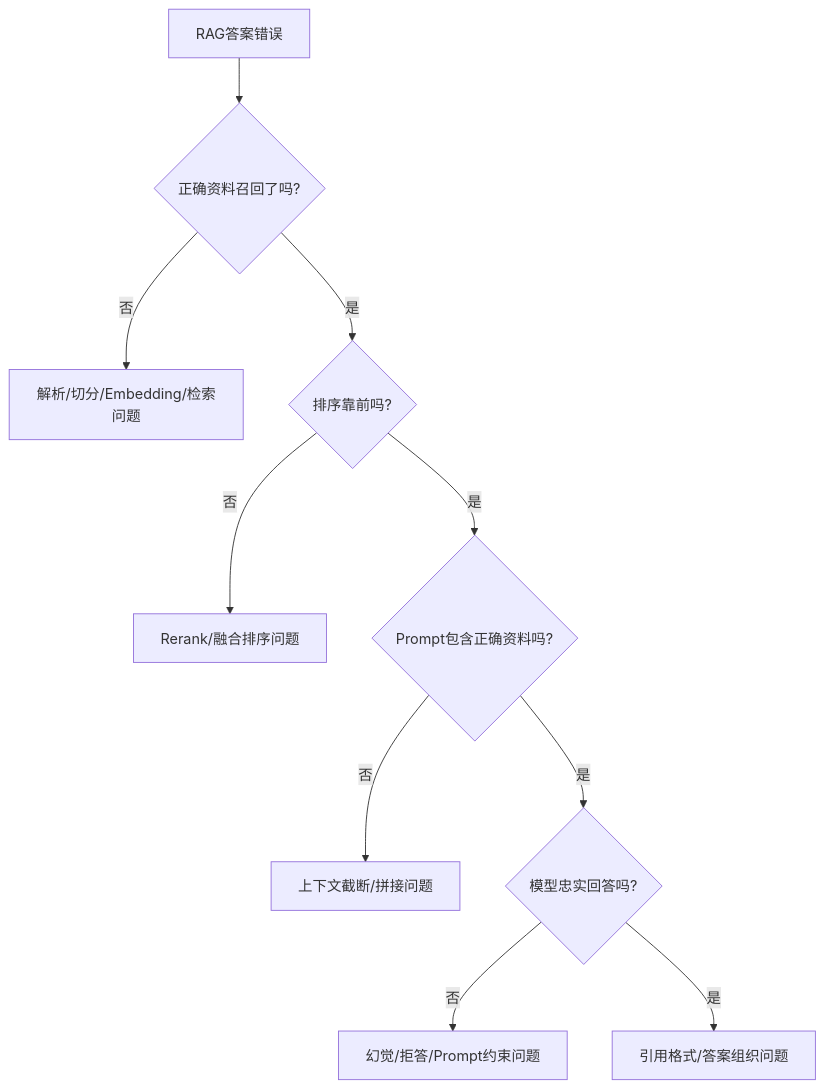
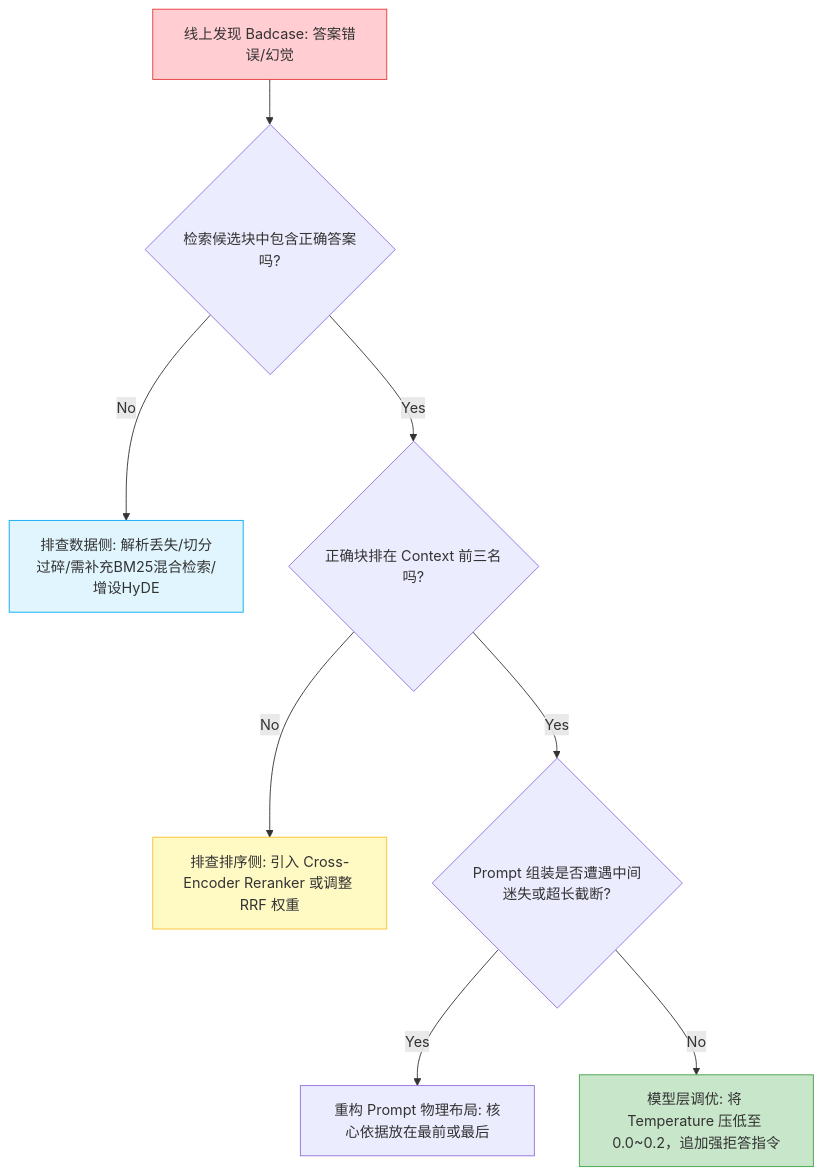
Before and after one commit to GuoWWWX/knowledge-base: the fifth of 6 diagrams in 40-求职准备/04-面试-RAG知识库.md, drawn with Mermaid. The commit also changed other lines of this file and 214 other files, not shown here.

````diff
--- a/40-求职准备/04-面试-RAG知识库.md
+++ b/40-求职准备/04-面试-RAG知识库.md
@@ -47,12 +205,14 @@
 ```mermaid
 flowchart TD
-A[RAG答案错误] --> B{正确资料召回了吗?}
-B -->|否| C[解析/切分/Embedding/检索问题]
-B -->|是| D{排序靠前吗?}
-D -->|否| E[Rerank/融合排序问题]
-D -->|是| F{Prompt包含正确资料吗?}
-F -->|否| G[上下文截断/拼接问题]
-F -->|是| H{模型忠实回答吗?}
-H -->|否| I[幻觉/拒答/Prompt约束问题]
-H -->|是| J[引用格式/答案组织问题]
+    Start[线上发现 Badcase: 答案错误/幻觉] --> C1{检索候选块中包含正确答案吗?}
+    C1 -->|No| Fix1[排查数据侧: 解析丢失/切分过碎/需补充BM25混合检索/增设HyDE]
+    C1 -->|Yes| C2{正确块排在 Context 前三名吗?}
+    C2 -->|No| Fix2[排查排序侧: 引入 Cross-Encoder Reranker 或调整 RRF 权重]
+    C2 -->|Yes| C3{Prompt 组装是否遭遇中间迷失或超长截断?}
+    C3 -->|Yes| Fix3[重构 Prompt 物理布局: 核心依据放在最前或最后]
+    C3 -->|No| Fix4[模型层调优: 将 Temperature 压低至 0.0~0.2，追加强拒答指令]
+    style Start fill:#ffcdd2,stroke:#e53935
+    style Fix1 fill:#e1f5fe,stroke:#03a9f4
+    style Fix2 fill:#fff9c4,stroke:#fbc02d
+    style Fix4 fill:#c8e6c9,stroke:#43a047
 ```
````
